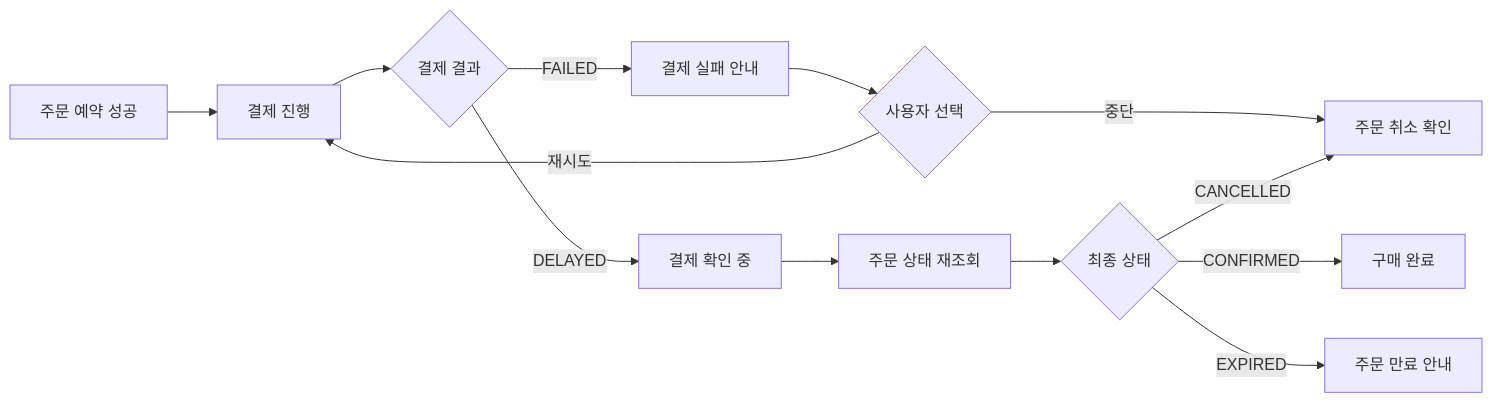
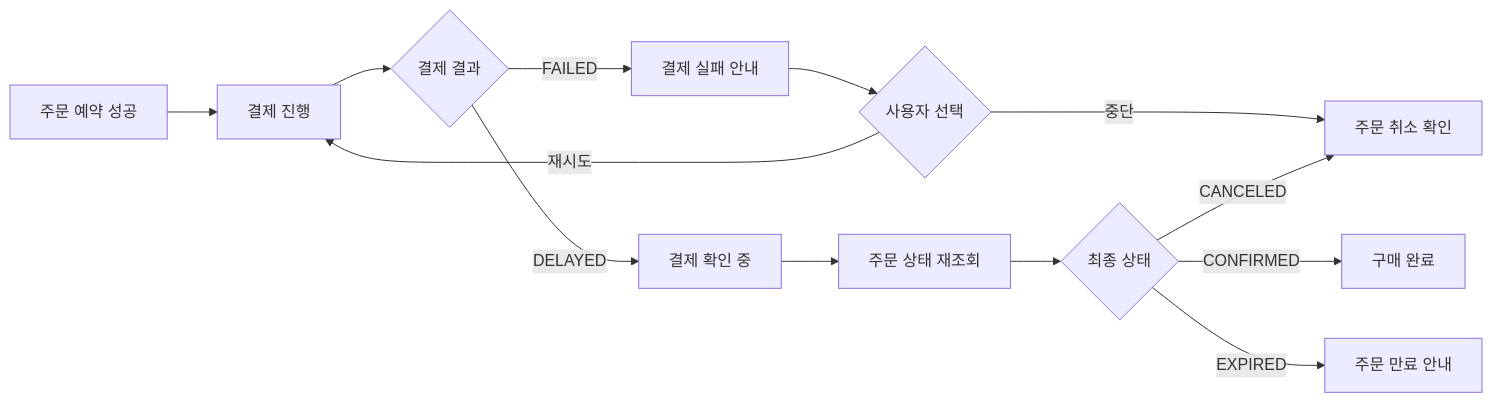
The first of 2 diagrams in scenarios/payment-failure/00-detailed-design.md (Medikong/archive), drawn with Mermaid before and after one commit. The commit also changed other lines of this file and 32 other files, not shown here.

````diff
--- a/scenarios/payment-failure/00-detailed-design.md
+++ b/scenarios/payment-failure/00-detailed-design.md
@@ -64,15 +66,15 @@
 ```mermaid
 flowchart LR
     A["주문 예약 성공"] --> B["결제 진행"]
     B --> C{"결제 결과"}
     C -->|"FAILED"| D["결제 실패 안내"]
     D --> E{"사용자 선택"}
     E -->|"재시도"| B
     E -->|"중단"| F["주문 취소 확인"]
     C -->|"DELAYED"| G["결제 확인 중"]
     G --> H["주문 상태 재조회"]
     H --> I{"최종 상태"}
     I -->|"CONFIRMED"| J["구매 완료"]
     I -->|"EXPIRED"| K["주문 만료 안내"]
-    I -->|"CANCELLED"| F
+    I -->|"CANCELED"| F
 ```
````
